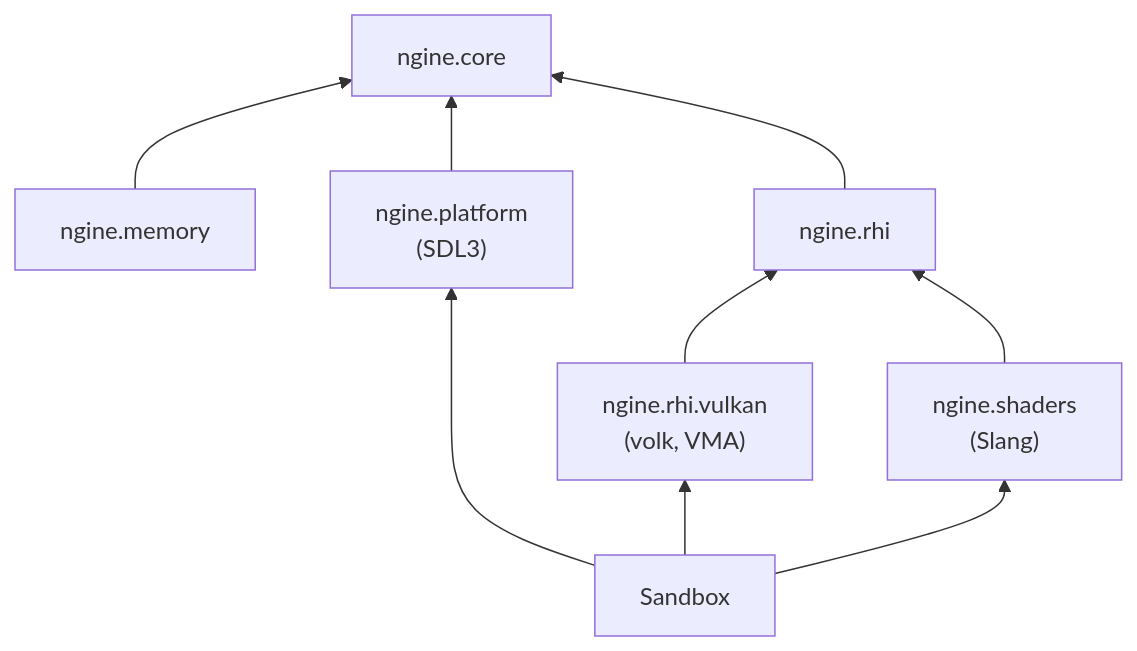
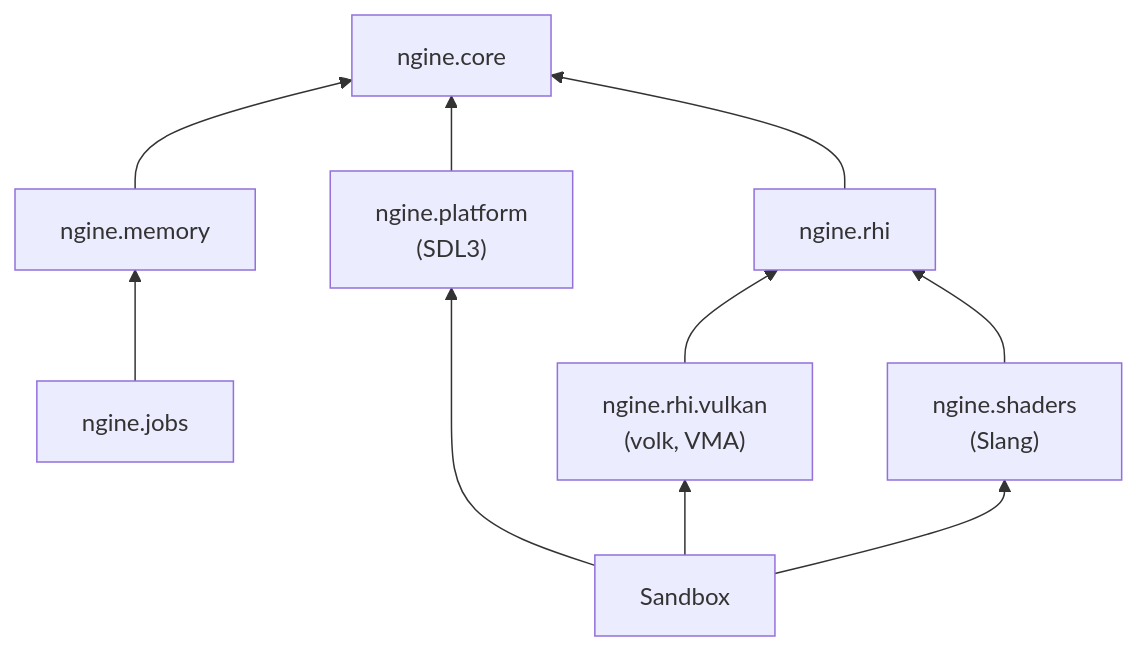
Before and after one commit to viiez/ngine: the second of 3 diagrams in docs/architecture.md, drawn with Mermaid. The commit also changed other lines of this file and 20 other files, not shown here.

First line of the commit message:
ngine.jobs: Job-System mit Work-Stealing, Counter und TaskGraph

````diff
--- a/docs/architecture.md
+++ b/docs/architecture.md
@@ -37,18 +38,20 @@
 ```mermaid
 flowchart BT
     core["ngine.core"]
     memory["ngine.memory"]
+    jobs["ngine.jobs"]
     platform["ngine.platform<br/>(SDL3)"]
     rhi["ngine.rhi"]
     vulkan["ngine.rhi.vulkan<br/>(volk, VMA)"]
     shaders["ngine.shaders<br/>(Slang)"]
     sandbox["Sandbox"]
     memory --> core
+    jobs --> memory
     platform --> core
     rhi --> core
     vulkan --> rhi
     shaders --> rhi
     sandbox --> platform
     sandbox --> vulkan
     sandbox --> shaders
 ```
````
